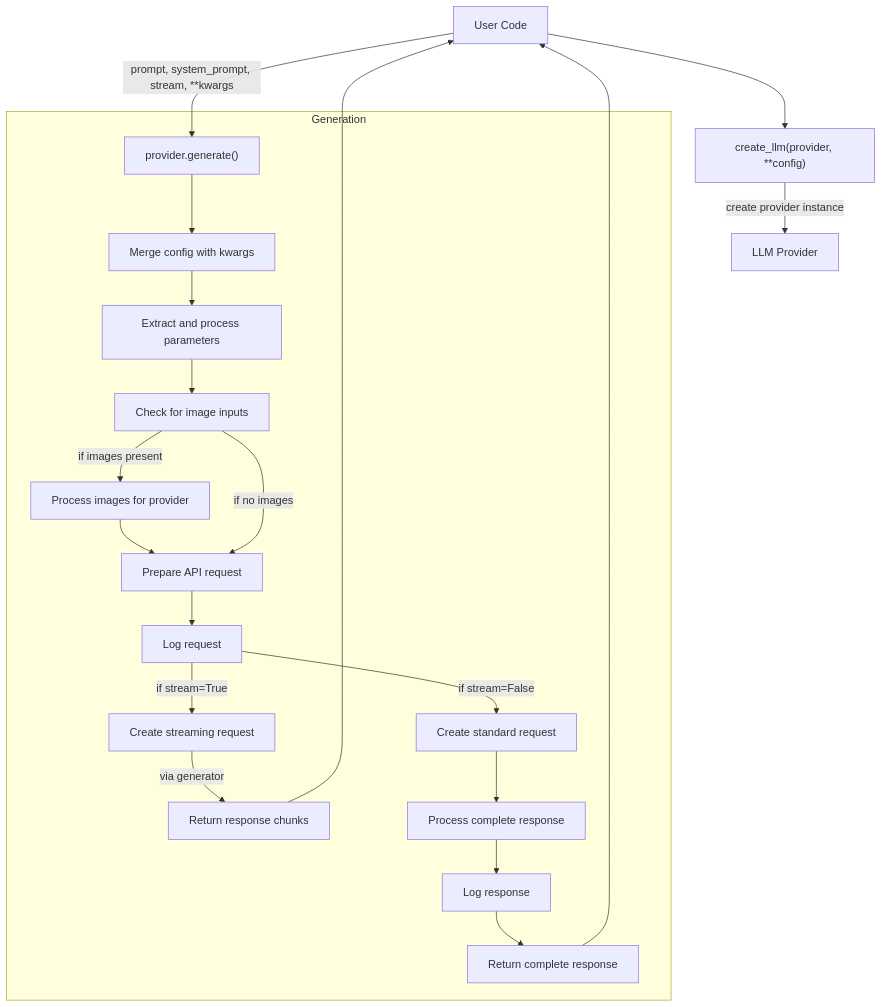
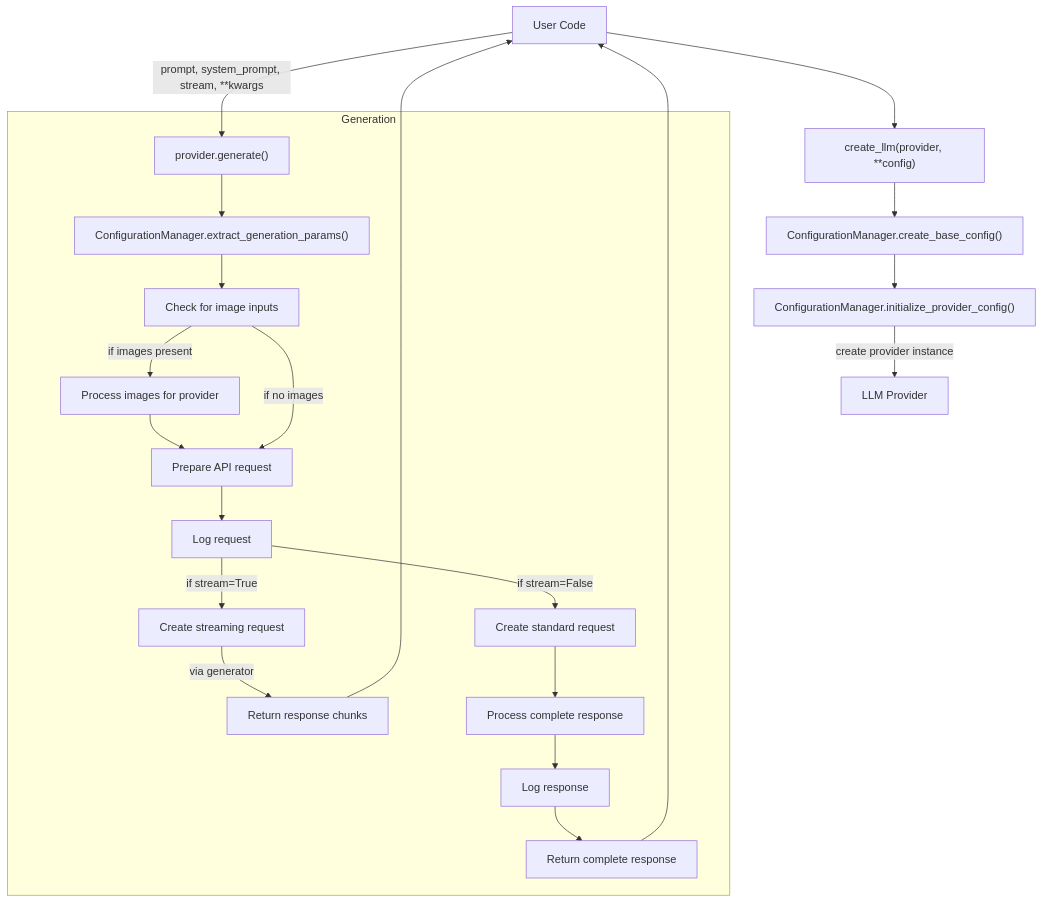
One commit to lpalbou/AbstractLLM changed the second of 4 diagrams in docs/architecture.md. Above: the diagram before and after it, drawn with Mermaid. The commit also changed other lines of this file and 32 other files, not shown here.

````diff
--- a/docs/architecture.md
+++ b/docs/architecture.md
@@ -152,32 +169,33 @@
 ```mermaid
 flowchart TB
     User[User Code] --> Factory["create_llm(provider, **config)"]
-    Factory --> |"create provider instance"| Provider[LLM Provider]
+    Factory --> ConfigManager["ConfigurationManager.create_base_config()"]
+    ConfigManager --> ProviderConfig["ConfigurationManager.initialize_provider_config()"]
+    ProviderConfig --> |"create provider instance"| Provider[LLM Provider]
     
     User --> |"prompt, system_prompt, stream, **kwargs"| Generate["provider.generate()"]
     
     subgraph Generation
-        Generate --> ValidateConfig[Merge config with kwargs]
-        ValidateConfig --> ExtractParams[Extract and process parameters]
+        Generate --> ExtractParams["ConfigurationManager.extract_generation_params()"]
         ExtractParams --> CheckImage[Check for image inputs]
         
         CheckImage --> |"if images present"| ProcessImages[Process images for provider]
         ProcessImages --> PrepareRequest[Prepare API request]
         
         CheckImage --> |"if no images"| PrepareRequest
         
         PrepareRequest --> LogRequest[Log request]
         
         LogRequest --> |"if stream=True"| StreamRequest[Create streaming request]
         LogRequest --> |"if stream=False"| StandardRequest[Create standard request]
         
         StreamRequest --> |"via generator"| ReturnStreaming[Return response chunks]
         StandardRequest --> ProcessResponse[Process complete response]
         
         ProcessResponse --> LogResponse[Log response]
         LogResponse --> ReturnComplete[Return complete response]
     end
     
     ReturnStreaming --> User
     ReturnComplete --> User
 ```
````
